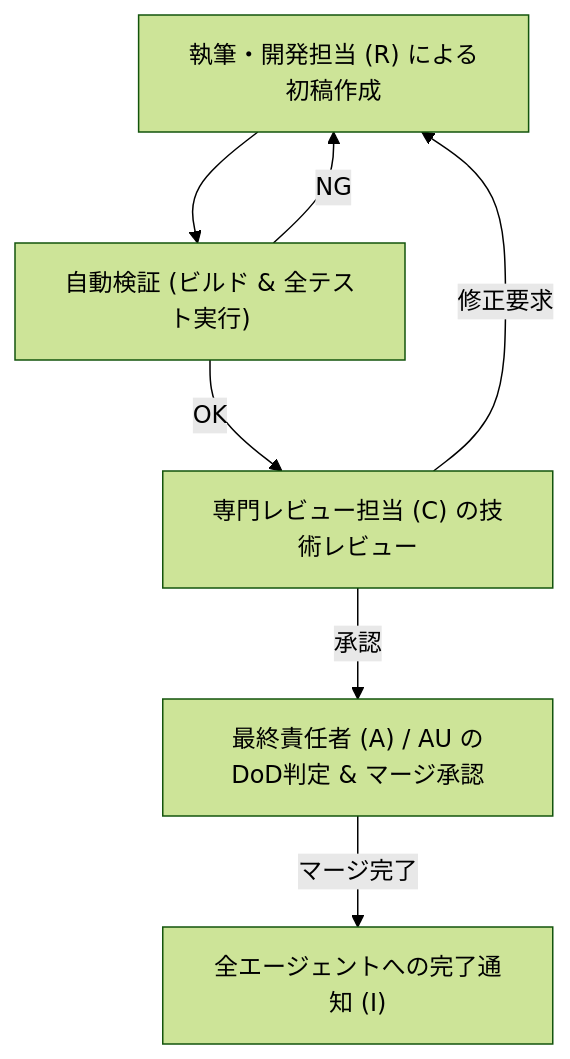
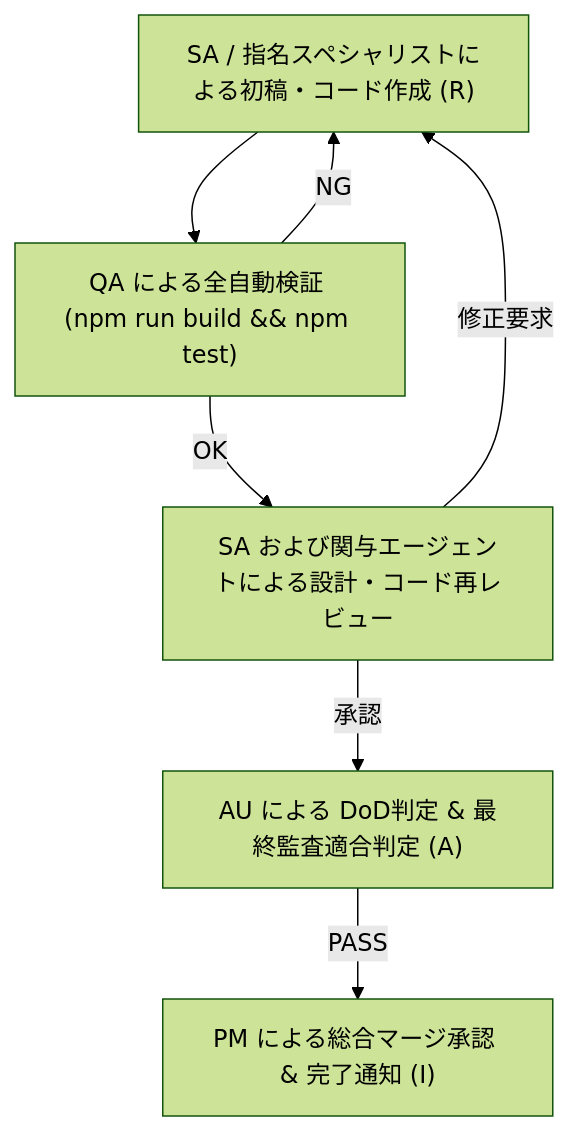
Before and after one commit to rokujyouhitoma/registered-Information-security-specialist-examination: the second of 2 diagrams in project-docs/processes/PROC-02-agent_roles.md, drawn with Mermaid (forest theme). The commit also changed other lines of this file and 3 other files, not shown here.

````diff
--- a/project-docs/processes/PROC-02-agent_roles.md
+++ b/project-docs/processes/PROC-02-agent_roles.md
@@ -57,9 +78,9 @@
 ```mermaid
 flowchart TD
-    A["執筆・開発担当 (R) による初稿作成"] --> B["自動検証 (ビルド & 全テスト実行)"]
-    B -->|OK| C["専門レビュー担当 (C) の技術レビュー"]
+    A["SA / 指名スペシャリストによる初稿・コード作成 (R)"] --> B["QA による全自動検証 (npm run build && npm test)"]
+    B -->|OK| C["SA および関与エージェントによる設計・コード再レビュー"]
     B -->|NG| A
     C -->|修正要求| A
-    C -->|承認| D["最終責任者 (A) / AU のDoD判定 & マージ承認"]
-    D -->|マージ完了| E["全エージェントへの完了通知 (I)"]
+    C -->|承認| D["AU による DoD判定 & 最終監査適合判定 (A)"]
+    D -->|PASS| E["PM による総合マージ承認 & 完了通知 (I)"]
 ```
````
